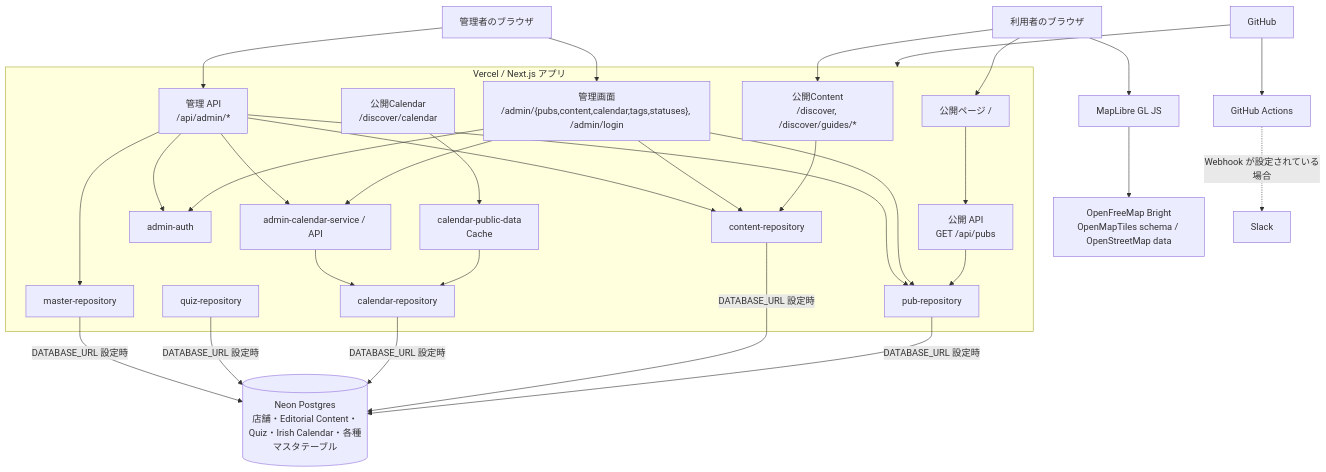
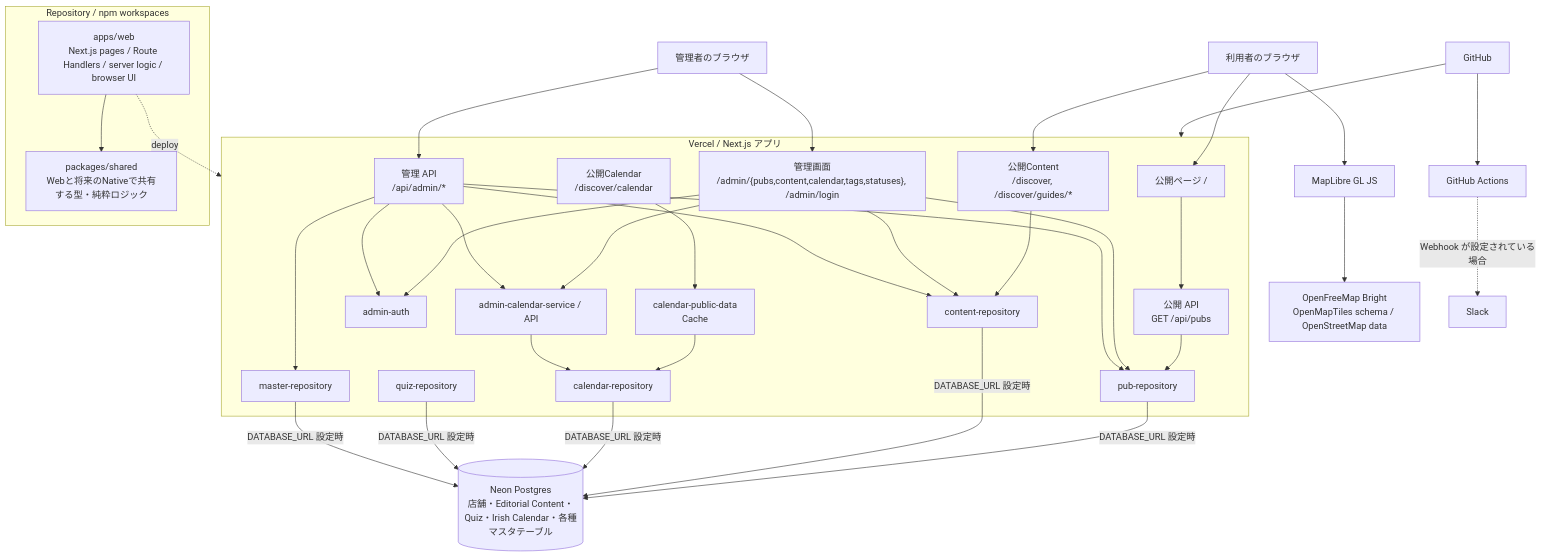
Before and after one commit to yusukefr/irishpub-map: the diagram in docs/architecture/system-overview.md, drawn with Mermaid. The commit also changed other lines of this file and 5 other files, not shown here.

Commit message:
docs: align architecture and test guidance for mobile prep

````diff
--- a/docs/architecture/system-overview.md
+++ b/docs/architecture/system-overview.md
@@ -7,62 +7,70 @@
 ```mermaid
 flowchart TB
   visitor[利用者のブラウザ]
   administrator[管理者のブラウザ]
   maplibre[MapLibre GL JS]
   mapProvider[OpenFreeMap Bright<br/>OpenMapTiles schema / OpenStreetMap data]
   github[GitHub]
   actions[GitHub Actions]
   slack[Slack]
 
   subgraph vercel[Vercel / Next.js アプリ]
     publicPage["公開ページ /"]
     contentPage["公開Content<br/>/discover, /discover/guides/*"]
     calendarPage["公開Calendar<br/>/discover/calendar"]
     publicApi["公開 API<br/>GET /api/pubs"]
     adminPage["管理画面<br/>/admin/{pubs,content,calendar,tags,statuses}, /admin/login"]
     adminApi["管理 API<br/>/api/admin/*"]
     auth[admin-auth]
     repository[pub-repository]
     contentRepository[content-repository]
     calendarDataLoader[calendar-public-data<br/>Cache]
     calendarRepository[calendar-repository]
     adminCalendarService[admin-calendar-service / API]
     quizRepository[quiz-repository]
     masterRepository[master-repository]
+  end
+
+  subgraph workspace[Repository / npm workspaces]
+    webApp[apps/web<br/>Next.js pages / Route Handlers / server logic / browser UI]
+    shared[packages/shared<br/>Webと将来のNativeで共有する型・純粋ロジック]
   end
 
   neon[(Neon Postgres<br/>店舗・Editorial Content・Quiz・Irish Calendar・各種マスタテーブル)]
 
   visitor --> publicPage
   visitor --> contentPage
   publicPage --> publicApi
   contentPage --> contentRepository
   calendarPage --> calendarDataLoader
   calendarDataLoader --> calendarRepository
   publicApi --> repository
   visitor --> maplibre
   maplibre --> mapProvider
 
   administrator --> adminPage
   administrator --> adminApi
   adminPage --> auth
   adminPage --> repository
   adminPage --> contentRepository
   adminPage --> adminCalendarService
   adminApi --> auth
   adminApi --> repository
   adminApi --> contentRepository
   adminApi --> adminCalendarService
   adminCalendarService --> calendarRepository
   adminApi --> masterRepository
 
   repository -->|"DATABASE_URL 設定時"| neon
   contentRepository -->|"DATABASE_URL 設定時"| neon
   calendarRepository -->|"DATABASE_URL 設定時"| neon
   quizRepository -->|"DATABASE_URL 設定時"| neon
   masterRepository -->|"DATABASE_URL 設定時"| neon
 
   github --> actions
   github --> vercel
   actions -.->|"Webhook が設定されている場合"| slack
+
+  webApp -.->|deploy| vercel
+  webApp --> shared
 ```
````
